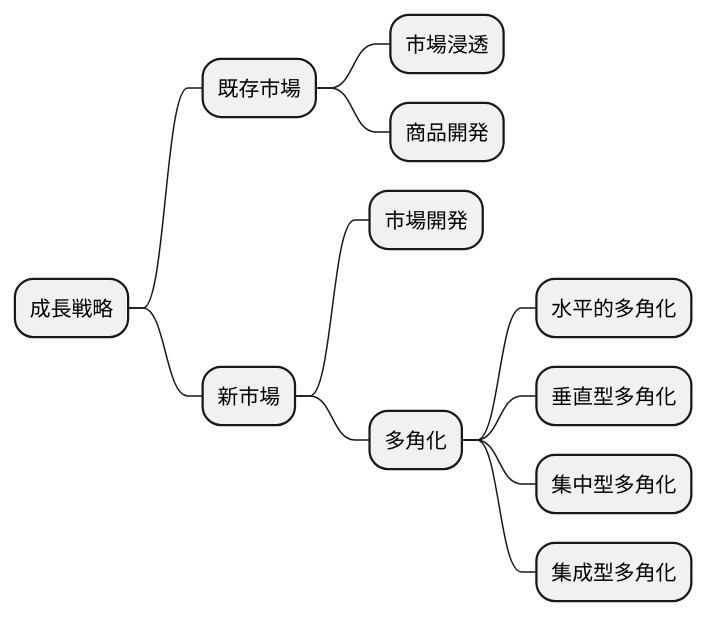
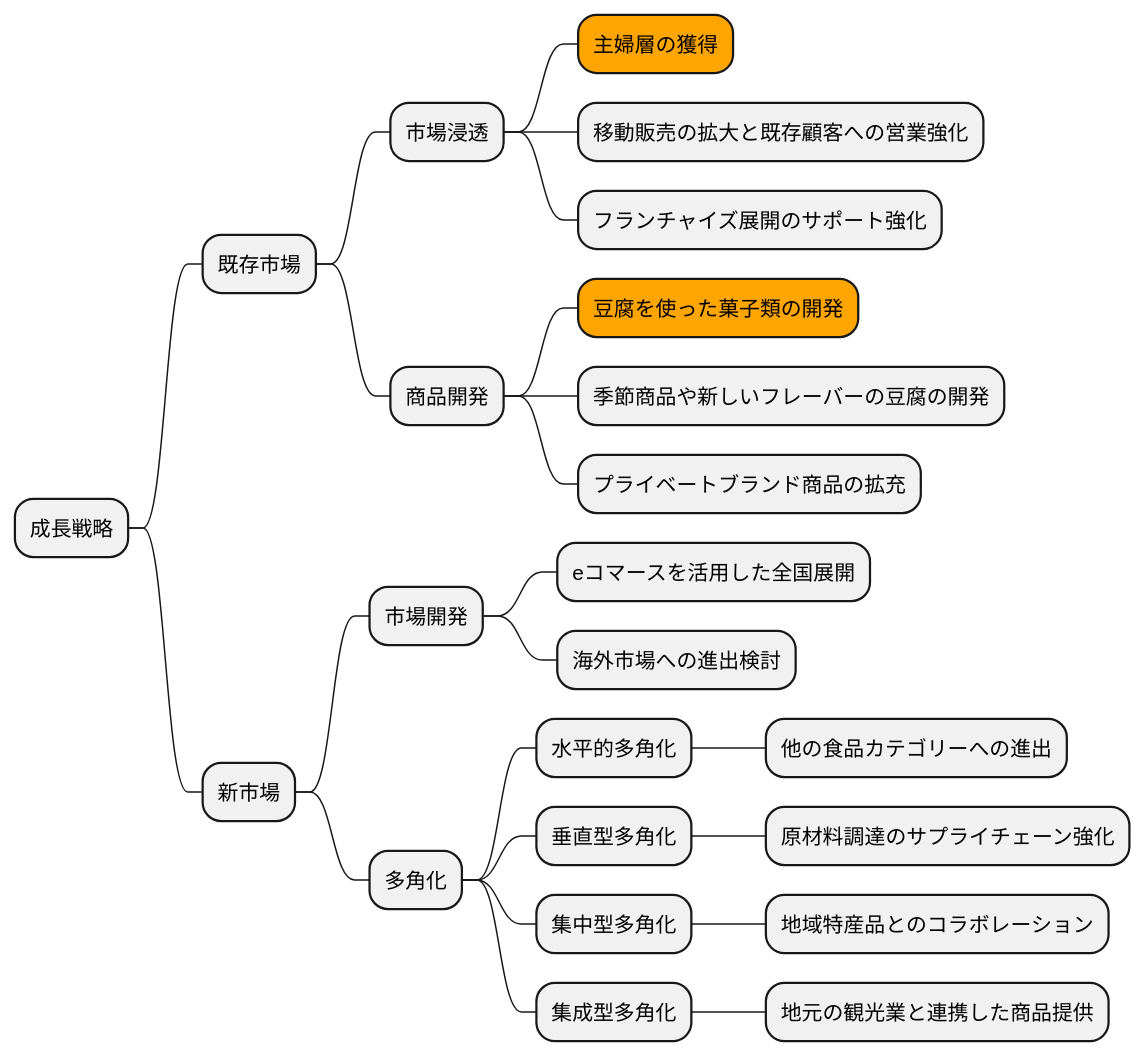
Before and after one commit to k2works/case-sutudy-business-analysis: the sixth of 16 diagrams in docs/case/r03_case_2.adoc, drawn with PlantUML. The commit also changed other lines of this file, not shown here.

```diff
--- a/docs/case/r03_case_2.adoc
+++ b/docs/case/r03_case_2.adoc
@@ -187,18 +211,30 @@
 [plantuml]
 ----
 @startmindmap
 
 * 成長戦略
 ** 既存市場
 *** 市場浸透
+****[#orange] 主婦層の獲得
+**** 移動販売の拡大と既存顧客への営業強化
+**** フランチャイズ展開のサポート強化
 *** 商品開発
+****[#orange] 豆腐を使った菓子類の開発
+**** 季節商品や新しいフレーバーの豆腐の開発
+**** プライベートブランド商品の拡充
 ** 新市場
 *** 市場開発
+**** eコマースを活用した全国展開
+**** 海外市場への進出検討
 *** 多角化
 **** 水平的多角化
+***** 他の食品カテゴリーへの進出
 **** 垂直型多角化
+***** 原材料調達のサプライチェーン強化
 **** 集中型多角化
+***** 地域特産品とのコラボレーション
 **** 集成型多角化
+***** 地元の観光業と連携した商品提供
 
 @endmindmap
 ----
```
